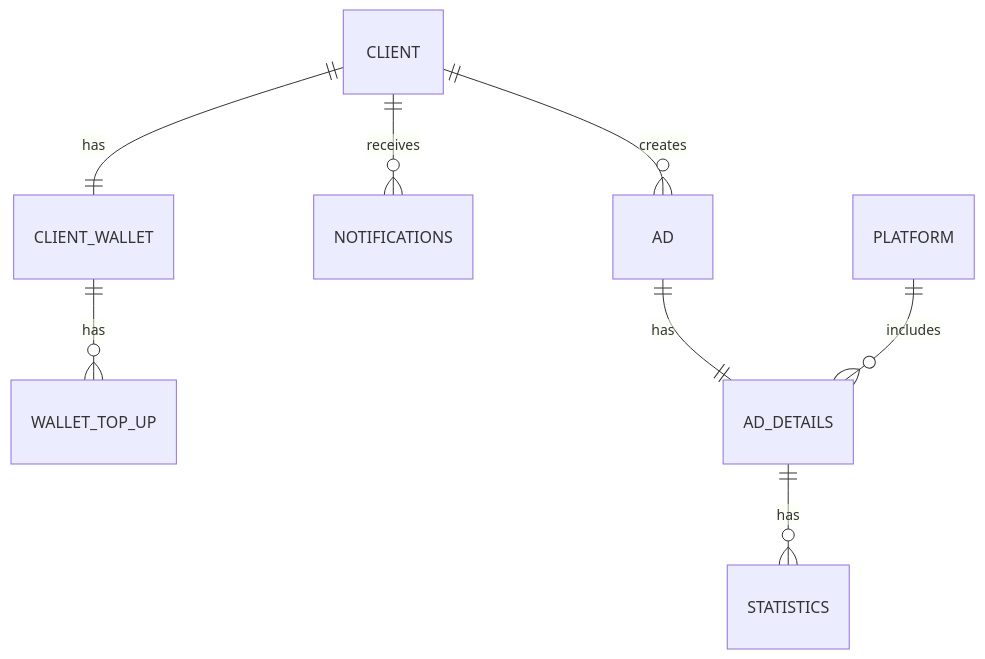
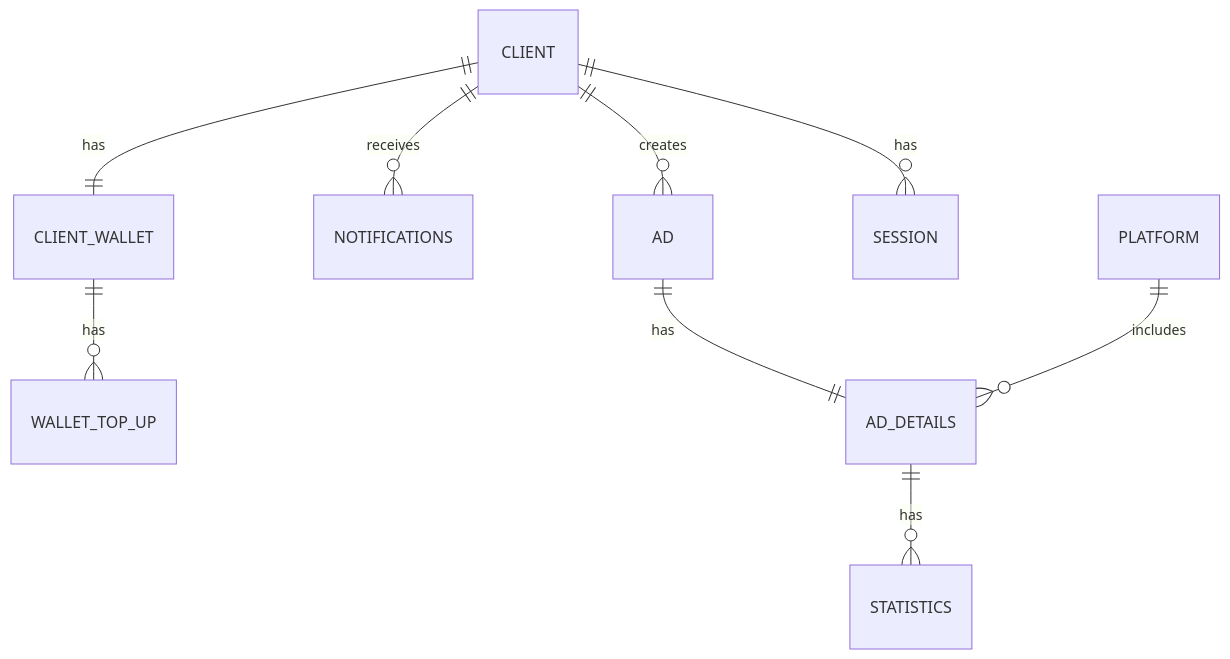
The first of 2 diagrams in db/normalized/RELATIONS.md (go-park-mail-ru/2025_2_404), drawn with Mermaid before and after one commit. The commit also changed other lines of this file and 1 other file, not shown here.

````diff
--- a/db/normalized/RELATIONS.md
+++ b/db/normalized/RELATIONS.md
@@ -81,12 +93,13 @@
 ```mermaid
 erDiagram
     CLIENT ||--|| CLIENT_WALLET : has
     CLIENT ||--o{ NOTIFICATIONS : receives
     CLIENT ||--o{ AD : creates
+    CLIENT ||--o{ SESSION : has
     
     CLIENT_WALLET ||--o{ WALLET_TOP_UP : has
     
     AD ||--|| AD_DETAILS : has
     PLATFORM ||--o{ AD_DETAILS : includes
     AD_DETAILS ||--o{ STATISTICS : has
 ```
````
